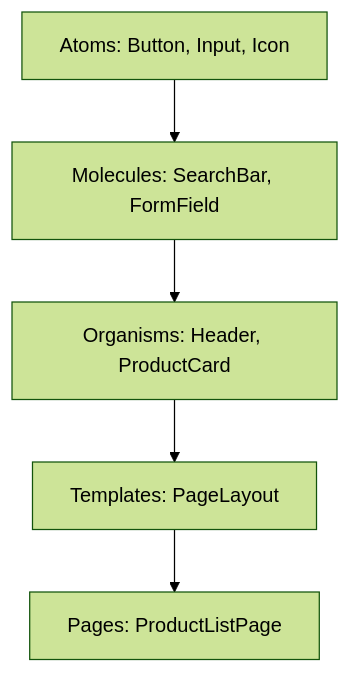
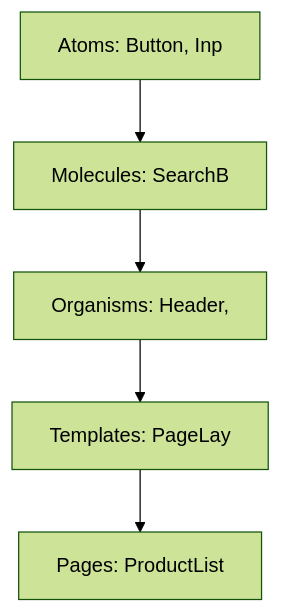
Before and after one commit to yjkim2015/yjkim2015.github.io: the first of 7 diagrams in _posts/frontend/2026-05-02-frontend-architecture.md, drawn with Mermaid (forest theme). The commit also changed other lines of this file and 271 other files, not shown here.

First line of the commit message:
Mermaid 라벨 축소: 긴 노드 텍스트 18자 이하로 트림 + \n 제거

````diff
--- a/_posts/frontend/2026-05-02-frontend-architecture.md
+++ b/_posts/frontend/2026-05-02-frontend-architecture.md
@@ -26,9 +26,9 @@
 ```mermaid
 graph TD
-    ATOMS["Atoms: Button, Input, Icon"]
-    MOLECULES["Molecules: SearchBar, FormField"]
-    ORGANISMS["Organisms: Header, ProductCard"]
-    TEMPLATES["Templates: PageLayout"]
-    PAGES["Pages: ProductListPage"]
+    ATOMS["Atoms: Button, Inp"]
+    MOLECULES["Molecules: SearchB"]
+    ORGANISMS["Organisms: Header,"]
+    TEMPLATES["Templates: PageLay"]
+    PAGES["Pages: ProductList"]
     ATOMS --> MOLECULES --> ORGANISMS --> TEMPLATES --> PAGES
 ```
````
